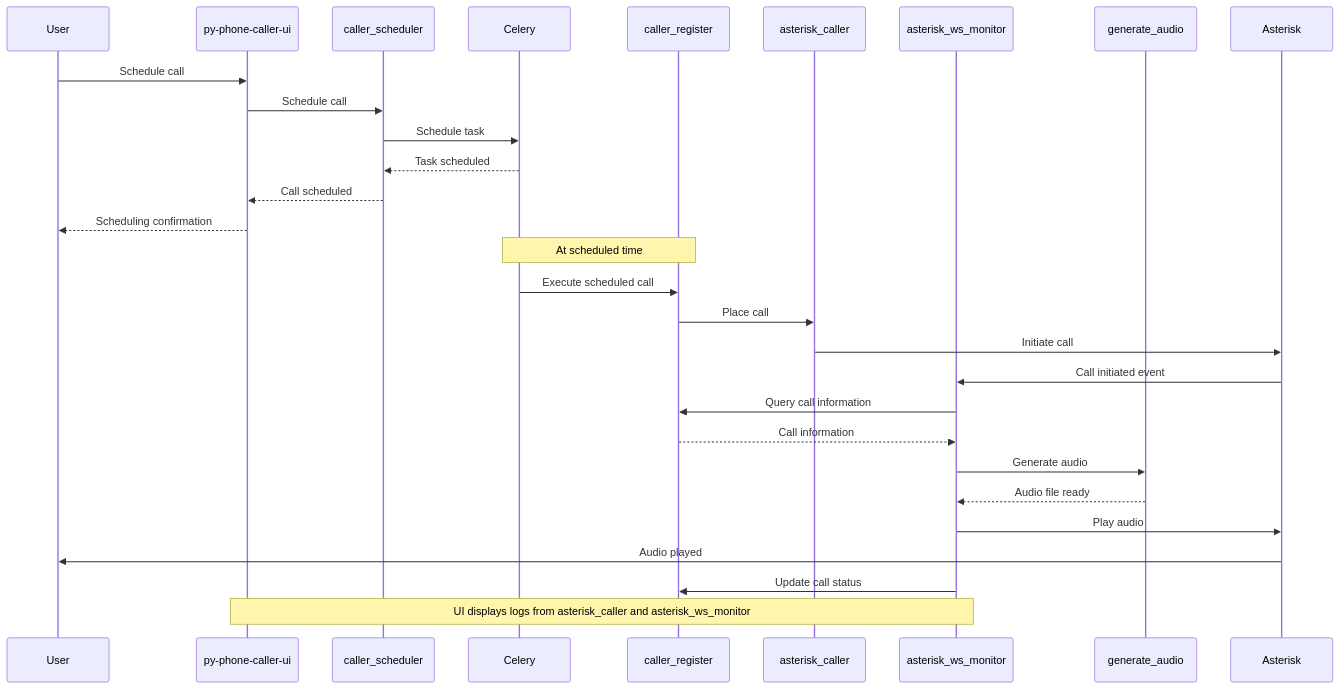
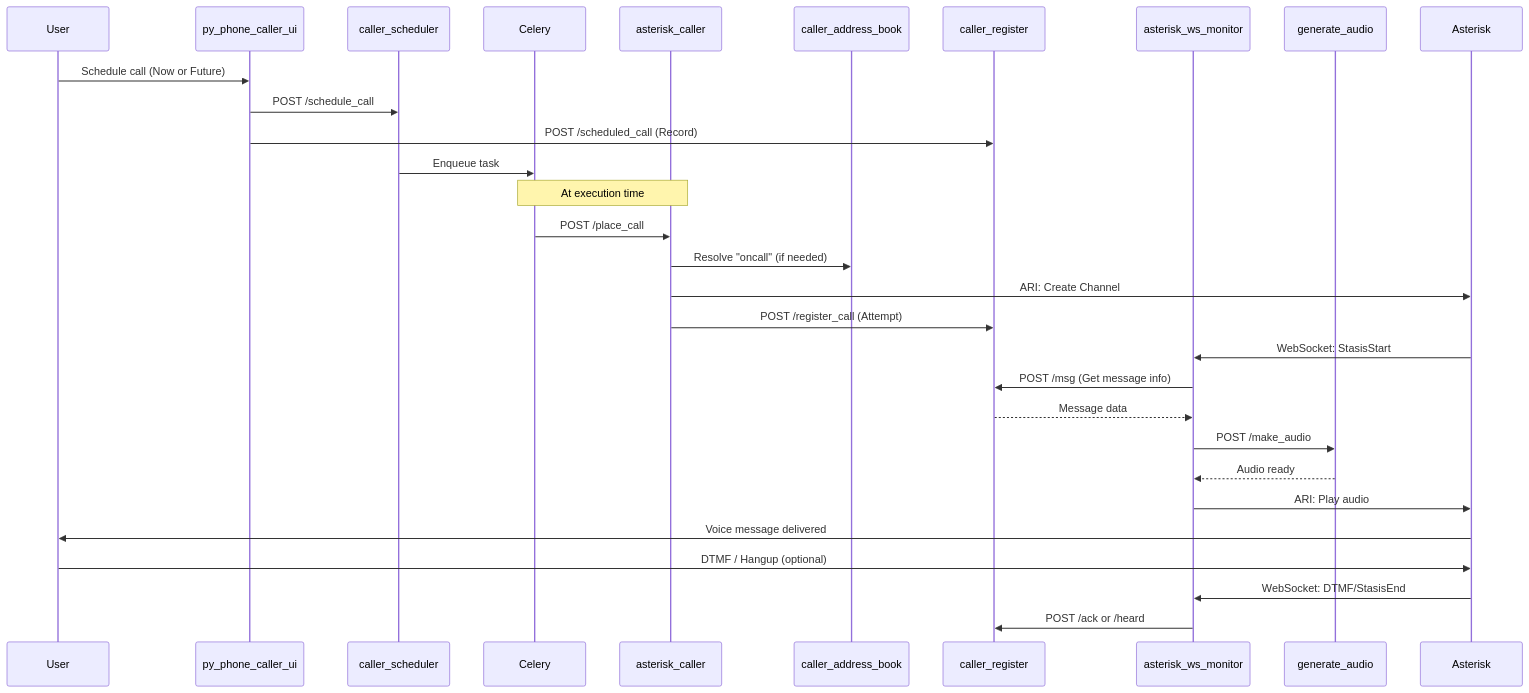
Diagram 13 of 21 in docs/py-phone-caller_2025.05.md (jcfdeb/py-phone-caller), drawn with Mermaid before and after one commit. The commit also changed other lines of this file and 217 other files, not shown here.

````diff
--- a/docs/py-phone-caller_2025.05.md
+++ b/docs/py-phone-caller_2025.05.md
@@ -524,34 +608,36 @@
 ```mermaid
 sequenceDiagram
     participant User
-    participant UI as py-phone-caller-ui
+    participant UI as py_phone_caller_ui
     participant CS as caller_scheduler
     participant Celery
+    participant AC as asterisk_caller
+    participant CAB as caller_address_book
     participant CR as caller_register
-    participant AC as asterisk_caller
     participant WSM as asterisk_ws_monitor
     participant GA as generate_audio
     participant Asterisk
 
-    User->>UI: Schedule call
-    UI->>CS: Schedule call
-    CS->>Celery: Schedule task
-    Celery-->>CS: Task scheduled
-    CS-->>UI: Call scheduled
-    UI-->>User: Scheduling confirmation
-
-    Note over Celery,CR: At scheduled time
-    Celery->>CR: Execute scheduled call
-    CR->>AC: Place call
-    AC->>Asterisk: Initiate call
-    Asterisk->>WSM: Call initiated event
-    WSM->>CR: Query call information
-    CR-->>WSM: Call information
-    WSM->>GA: Generate audio
-    GA-->>WSM: Audio file ready
-    WSM->>Asterisk: Play audio
-    Asterisk->>User: Audio played
-    WSM->>CR: Update call status
-
-    Note over WSM,UI: UI displays logs from asterisk_caller and asterisk_ws_monitor
+    User->>UI: Schedule call (Now or Future)
+    UI->>CS: POST /schedule_call
+    UI->>CR: POST /scheduled_call (Record)
+    CS->>Celery: Enqueue task
+    
+    Note over Celery,AC: At execution time
+    Celery->>AC: POST /place_call
+    AC->>CAB: Resolve "oncall" (if needed)
+    AC->>Asterisk: ARI: Create Channel
+    AC->>CR: POST /register_call (Attempt)
+    
+    Asterisk->>WSM: WebSocket: StasisStart
+    WSM->>CR: POST /msg (Get message info)
+    CR-->>WSM: Message data
+    WSM->>GA: POST /make_audio
+    GA-->>WSM: Audio ready
+    WSM->>Asterisk: ARI: Play audio
+    Asterisk->>User: Voice message delivered
+    
+    User->>Asterisk: DTMF / Hangup (optional)
+    Asterisk->>WSM: WebSocket: DTMF/StasisEnd
+    WSM->>CR: POST /ack or /heard
 ```
````
